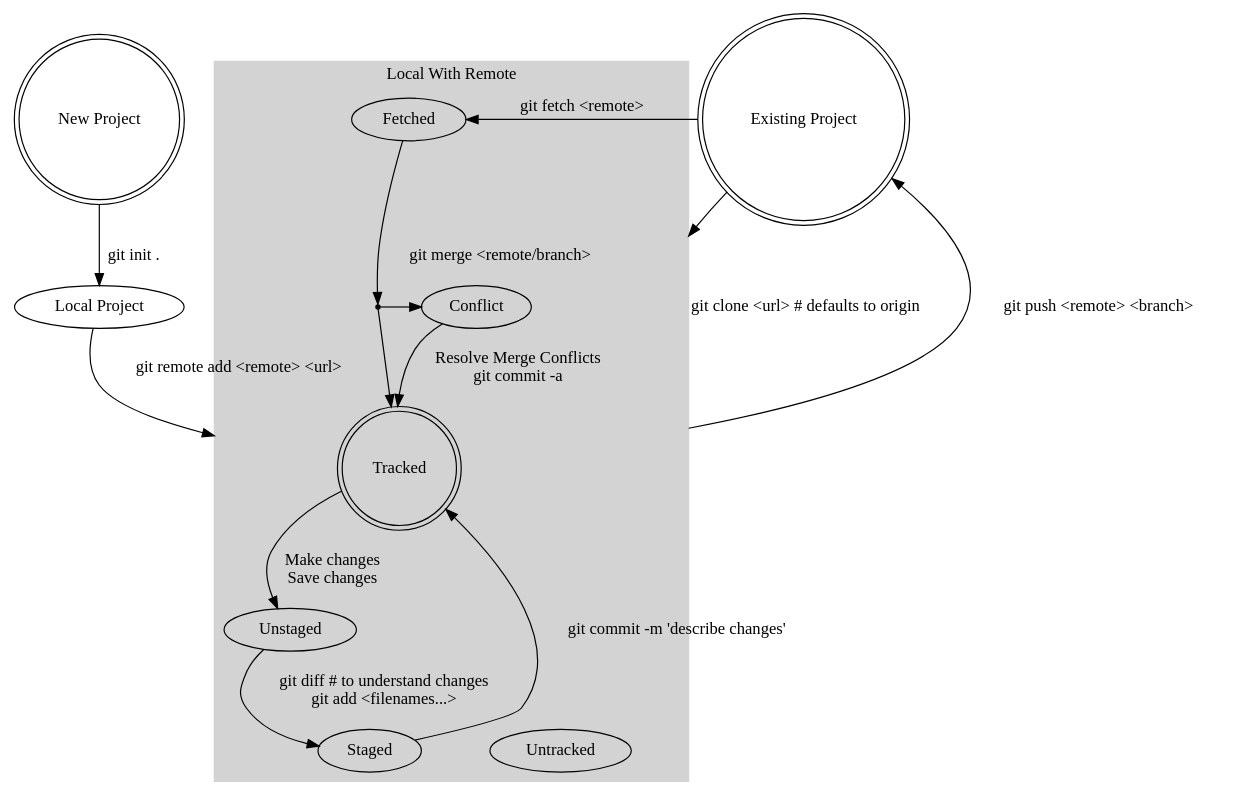
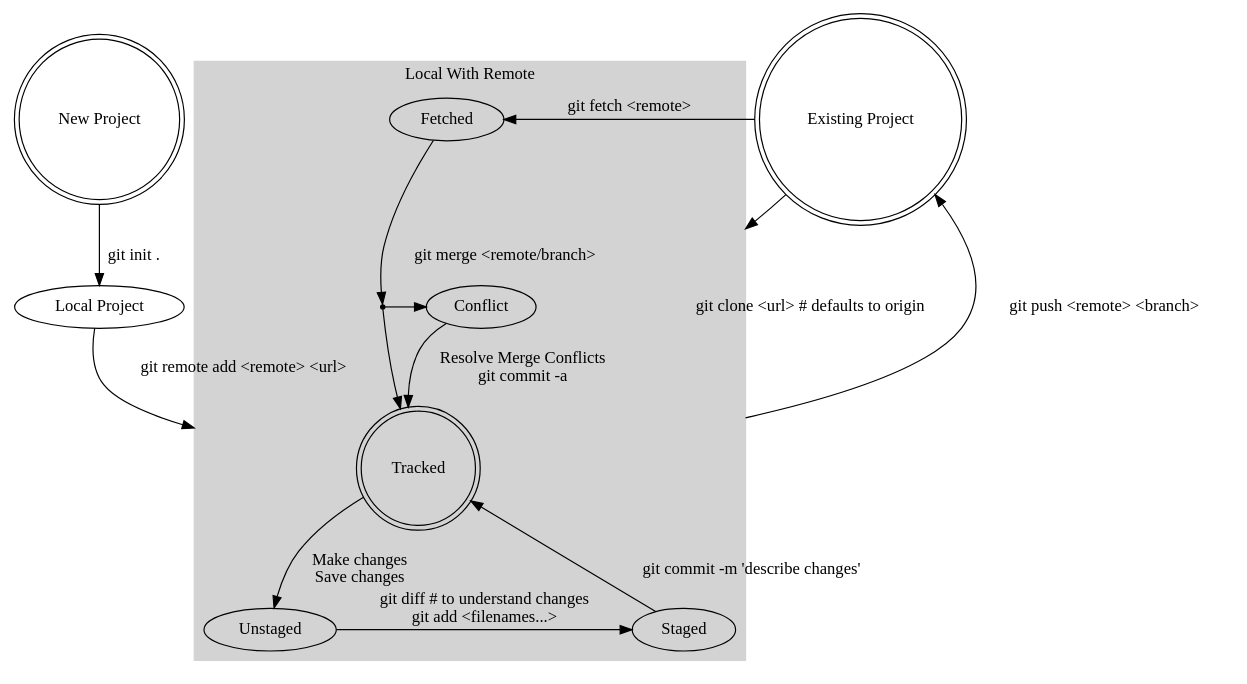
The diagram in git.dot (probinso/introduction-git), drawn with Graphviz before and after one commit. The commit also changed 3 other files, not shown here.

```diff
--- a/git.dot
+++ b/git.dot
@@ -1,39 +1,39 @@
 digraph G {
         aize = "4,4"
         compound=true;
         {
                 NewProject[label="New Project", shape=doublecircle];
                 ExistingProject[label="Existing Project", shape=doublecircle];
                 rank=same;
                 };
 
         Local[label="Local Project"];
         subgraph cluster0 {
                 label="Local With Remote";
                 color=lightgray;
                 style=filled;
                 Tracked [shape=doublecircle];
-                {Untracked; Staged; rank=same;};
+                {Unstaged; Staged; rank=same;};
 
                 Tracked -> Unstaged [label="Make changes\nSave changes"];
                 Unstaged -> Staged [label="git diff # to understand changes\ngit add <filenames...>"];
                 Staged -> Tracked [label="git commit -m 'describe changes'"];
 
                 {Conflict; Point[shape=point, label=""];
                         rank=same;
                         }
 
                 Fetched -> Point [label="git merge <remote/branch>"];
                 Point -> {Conflict, Tracked}
                 Conflict -> Tracked [label="Resolve Merge Conflicts\ngit commit -a"];
                 };
                 Local -> Tracked [
                                   label="git remote add <remote> <url>",
                                   lhead=cluster0];
                 NewProject -> Local [label="git init ."];
                 ExistingProject -> Tracked [
                                             label="git clone <url> # defaults to origin"
                                             lhead=cluster0];
                 Tracked -> ExistingProject [label="git push <remote> <branch>", ltail=cluster0];
                 ExistingProject -> Fetched [label="git fetch <remote>"];
 }
```
